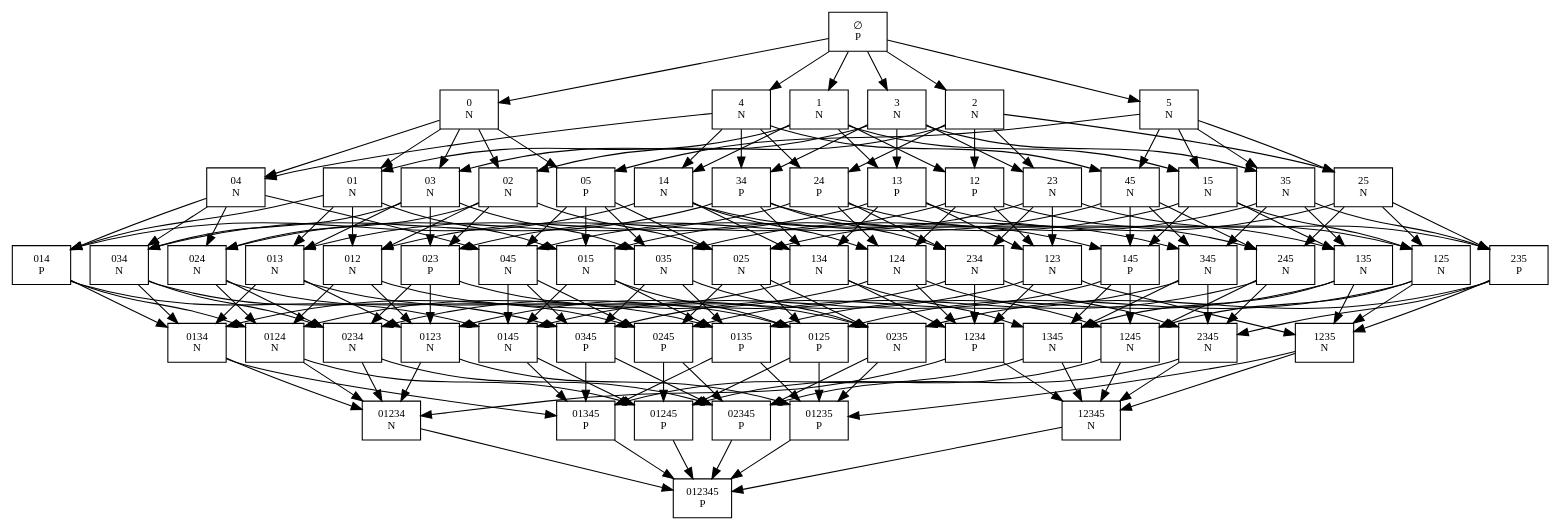
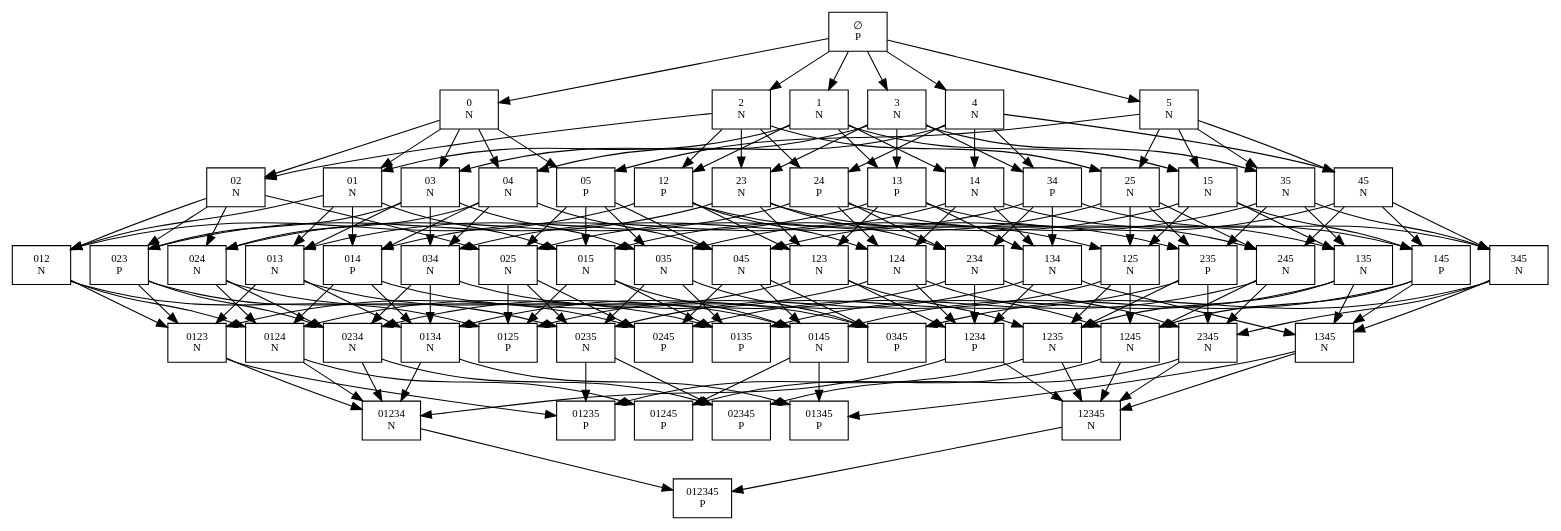
The diagram in game_tree/decision_tree_012345.dot (AdirAli/sparse-ruler-n-p-position), drawn with Graphviz before and after one commit. The commit also changed 10 other files, not shown here.

```diff
--- a/game_tree/decision_tree_012345.dot
+++ b/game_tree/decision_tree_012345.dot
@@ -87,20 +87,13 @@
   n4 -> n5;
   n4 -> n7;
   n5 -> n6;
-  n7 -> n6;
   n8 -> n5;
   n8 -> n9;
-  n9 -> n6;
-  n10 -> n7;
-  n10 -> n9;
   n11 -> n4;
   n11 -> n12;
   n11 -> n14;
   n12 -> n5;
   n12 -> n13;
-  n13 -> n6;
-  n14 -> n7;
-  n14 -> n13;
   n15 -> n8;
   n15 -> n12;
   n15 -> n16;
@@ -118,14 +111,11 @@
   n19 -> n22;
   n20 -> n5;
   n20 -> n21;
-  n21 -> n6;
   n22 -> n7;
   n22 -> n21;
   n23 -> n8;
   n23 -> n20;
   n23 -> n24;
-  n24 -> n9;
-  n24 -> n21;
   n25 -> n10;
   n25 -> n22;
   n25 -> n24;
@@ -136,8 +126,6 @@
   n27 -> n12;
   n27 -> n20;
   n27 -> n28;
-  n28 -> n13;
-  n28 -> n21;
   n29 -> n14;
   n29 -> n22;
   n29 -> n28;
```
